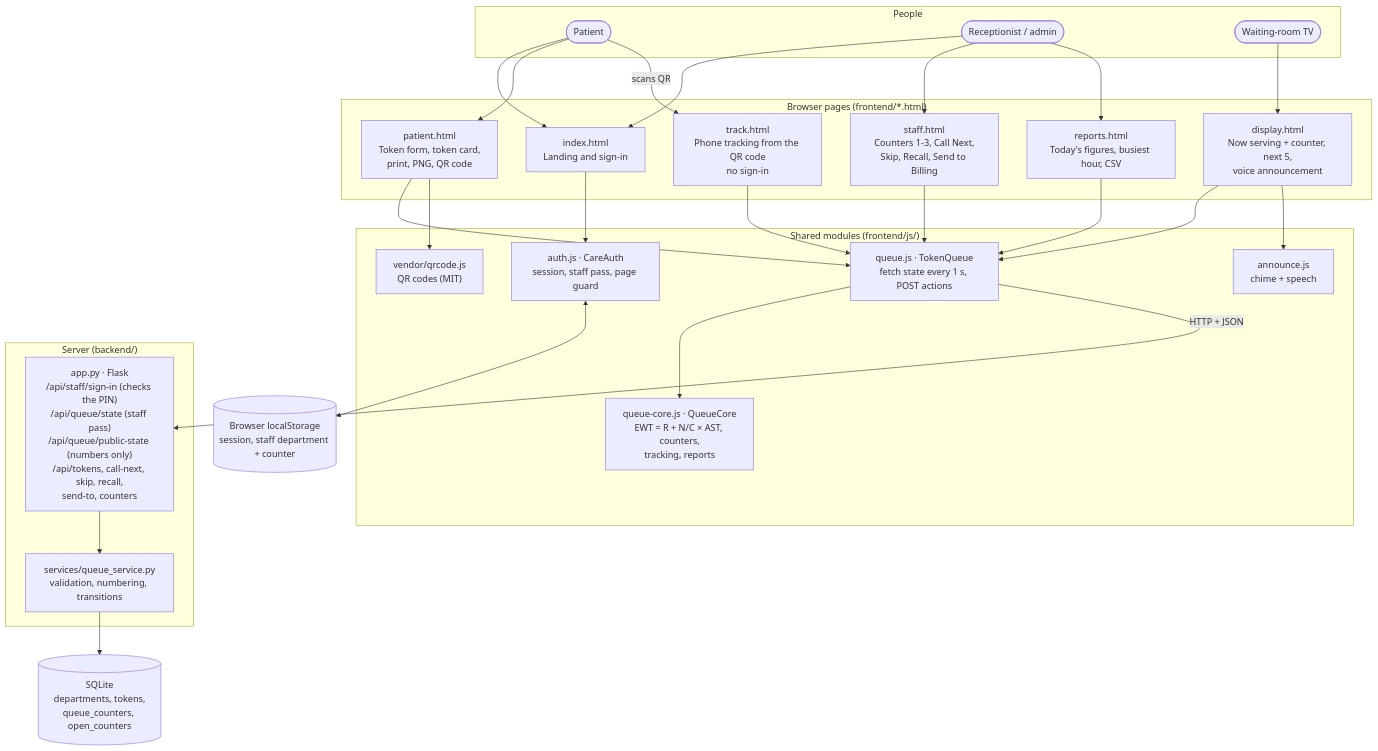
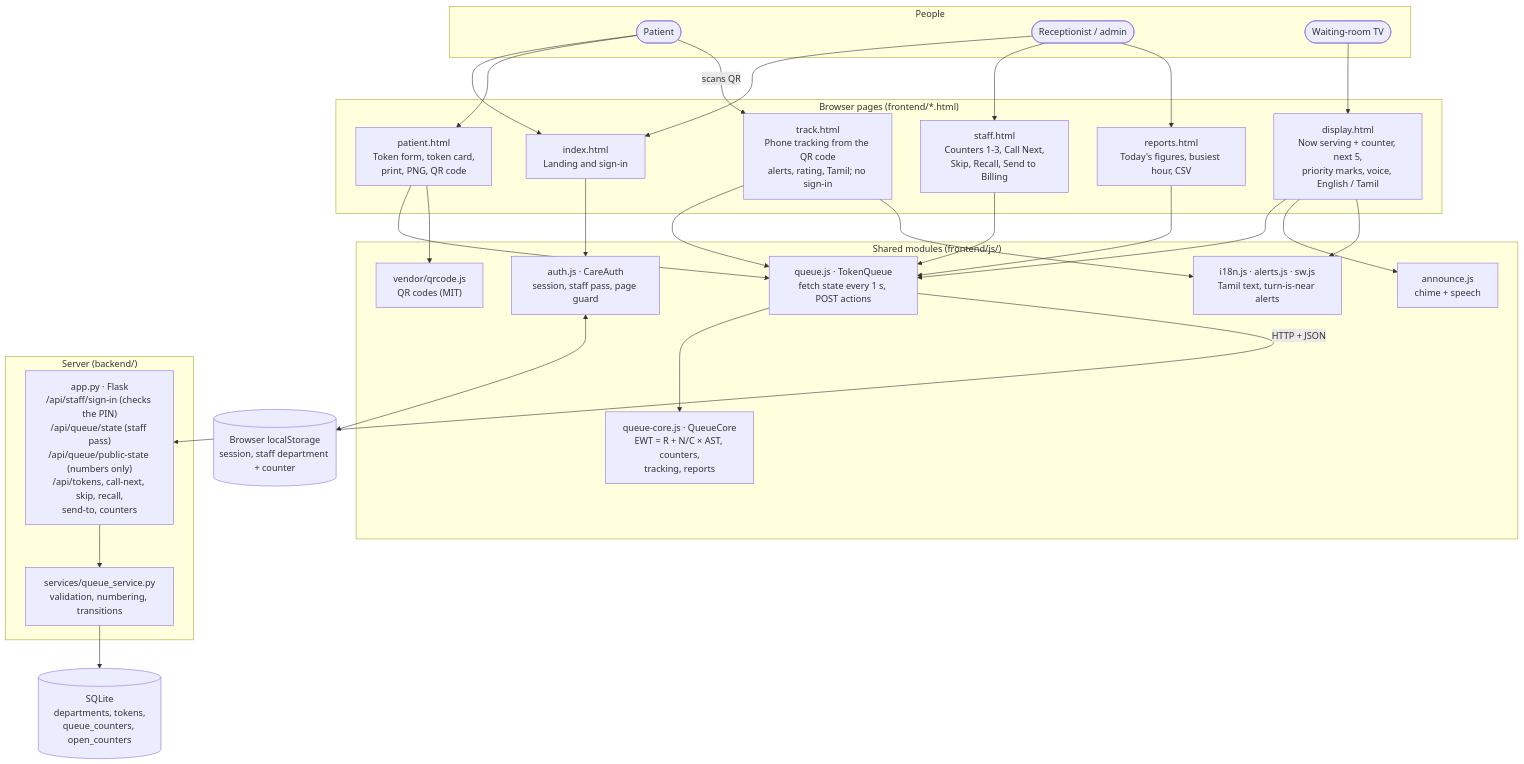
The first of 2 diagrams in docs/architecture/README.md (AshikAR-sys/CareQueue), drawn with Mermaid before and after one commit. The commit also changed other lines of this file and 25 other files, not shown here.

````diff
--- a/docs/architecture/README.md
+++ b/docs/architecture/README.md
@@ -14,54 +14,57 @@
 ```mermaid
 flowchart TB
   subgraph People
     P([Patient])
     R([Receptionist / admin])
     TV([Waiting-room TV])
   end
 
   subgraph Pages["Browser pages (frontend/*.html)"]
     IDX["index.html<br/>Landing and sign-in"]
     PAT["patient.html<br/>Token form, token card,<br/>print, PNG, QR code"]
-    TRK["track.html<br/>Phone tracking from the QR code<br/>no sign-in"]
+    TRK["track.html<br/>Phone tracking from the QR code<br/>alerts, rating, Tamil; no sign-in"]
     STF["staff.html<br/>Counters 1-3, Call Next,<br/>Skip, Recall, Send to Billing"]
     REP["reports.html<br/>Today's figures, busiest hour, CSV"]
-    DSP["display.html<br/>Now serving + counter, next 5,<br/>voice announcement"]
+    DSP["display.html<br/>Now serving + counter, next 5,<br/>priority marks, voice, English / Tamil"]
   end
 
   subgraph Modules["Shared modules (frontend/js/)"]
     Q["queue.js · TokenQueue<br/>fetch state every 1 s, POST actions"]
     CORE["queue-core.js · QueueCore<br/>EWT = R + N/C × AST, counters,<br/>tracking, reports"]
     AUTH["auth.js · CareAuth<br/>session, staff pass, page guard"]
     ANN["announce.js<br/>chime + speech"]
     QR["vendor/qrcode.js<br/>QR codes (MIT)"]
+    I18N["i18n.js · alerts.js · sw.js<br/>Tamil text, turn-is-near alerts"]
   end
 
   subgraph Server["Server (backend/)"]
     API["app.py · Flask<br/>/api/staff/sign-in (checks the PIN)<br/>/api/queue/state (staff pass)<br/>/api/queue/public-state (numbers only)<br/>/api/tokens, call-next, skip, recall,<br/>send-to, counters"]
     SVC["services/queue_service.py<br/>validation, numbering, transitions"]
   end
 
   DB[("SQLite<br/>departments, tokens,<br/>queue_counters, open_counters")]
   LS[("Browser localStorage<br/>session, staff department + counter")]
 
   P --> IDX
   P --> PAT
   P -- scans QR --> TRK
   R --> IDX
   R --> STF
   R --> REP
   TV --> DSP
   PAT --> Q
   TRK --> Q
   STF --> Q
   REP --> Q
   DSP --> Q
   DSP --> ANN
   PAT --> QR
+  TRK --> I18N
+  DSP --> I18N
   Q --> CORE
   IDX --> AUTH
   AUTH <--> LS
   Q -- HTTP + JSON --> API
   API --> SVC
   SVC --> DB
 ```
````
